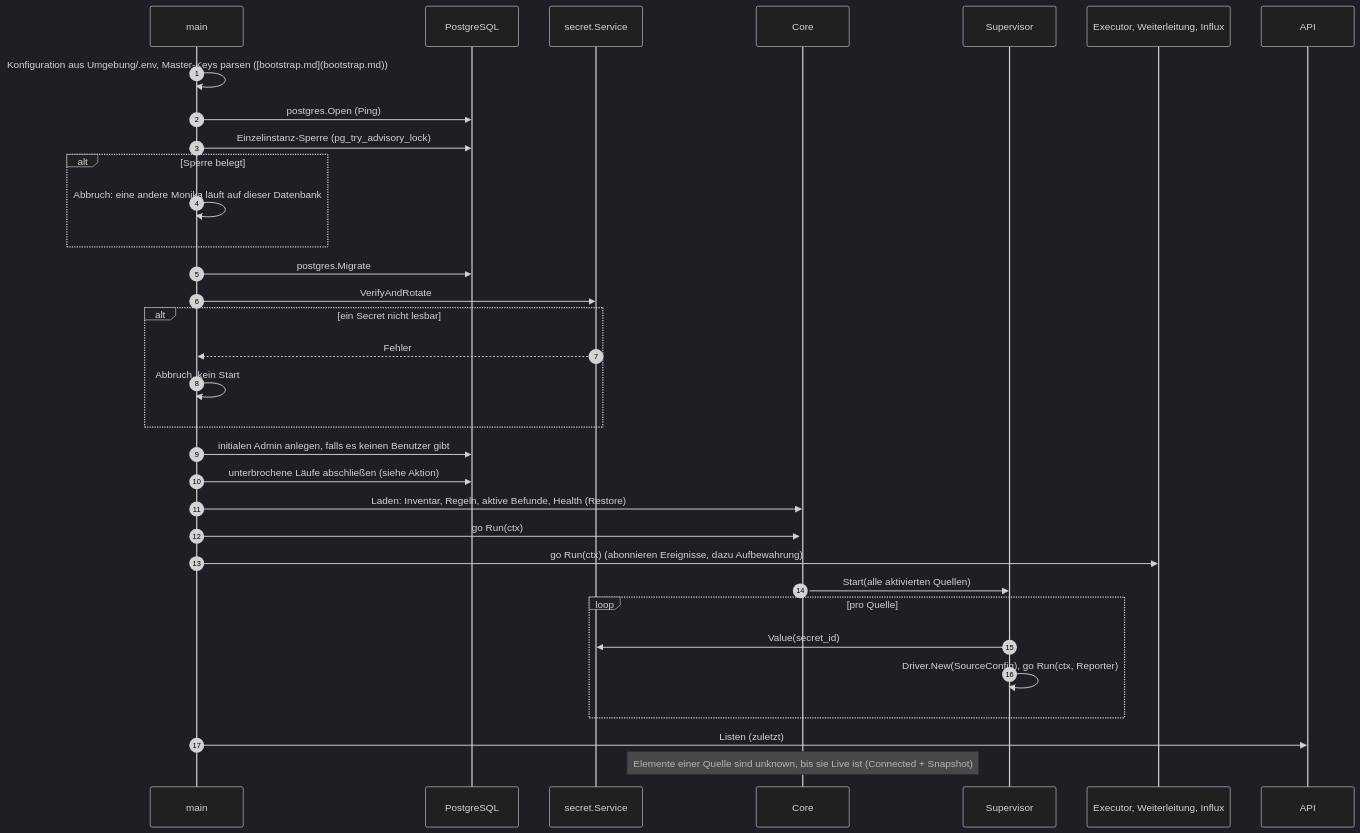
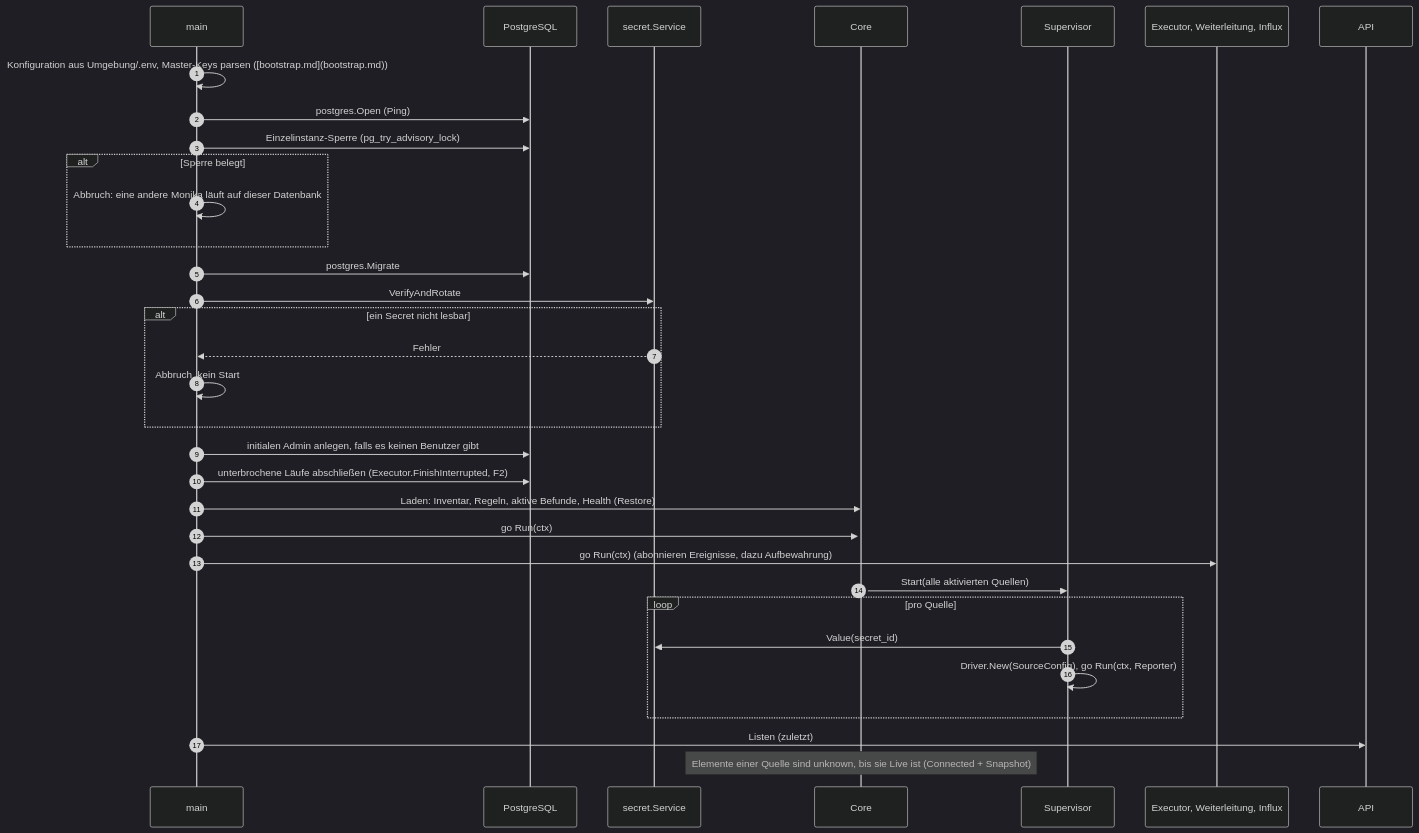
Before and after one commit to lukirs95/monika: the first of 6 diagrams in docs/contracts/flows.md, drawn with Mermaid (dark theme). The commit also changed other lines of this file and 7 other files, not shown here.

Commit message:
bootstrap prep: instance lock, finish interrupted runs, drivers/all

````diff
--- a/docs/contracts/flows.md
+++ b/docs/contracts/flows.md
@@ -24,36 +24,36 @@
 ```mermaid
 sequenceDiagram
     autonumber
     participant M as main
     participant DB as PostgreSQL
     participant Sec as secret.Service
     participant C as Core
     participant Sup as Supervisor
     participant X as Executor, Weiterleitung, Influx
     participant A as API
 
     M->>M: Konfiguration aus Umgebung/.env, Master-Keys parsen ([bootstrap.md](bootstrap.md))
     M->>DB: postgres.Open (Ping)
     M->>DB: Einzelinstanz-Sperre (pg_try_advisory_lock)
     alt Sperre belegt
         M->>M: Abbruch: eine andere Monika läuft auf dieser Datenbank
     end
     M->>DB: postgres.Migrate
     M->>Sec: VerifyAndRotate
     alt ein Secret nicht lesbar
         Sec-->>M: Fehler
         M->>M: Abbruch, kein Start
     end
     M->>DB: initialen Admin anlegen, falls es keinen Benutzer gibt
-    M->>DB: unterbrochene Läufe abschließen (siehe Aktion)
+    M->>DB: unterbrochene Läufe abschließen (Executor.FinishInterrupted, F2)
     M->>C: Laden: Inventar, Regeln, aktive Befunde, Health (Restore)
     M->>+C: go Run(ctx)
     M->>X: go Run(ctx) (abonnieren Ereignisse, dazu Aufbewahrung)
     C->>Sup: Start(alle aktivierten Quellen)
     loop pro Quelle
         Sup->>Sec: Value(secret_id)
         Sup->>Sup: Driver.New(SourceConfig), go Run(ctx, Reporter)
     end
     M->>A: Listen (zuletzt)
     Note over C: Elemente einer Quelle sind unknown, bis sie Live ist (Connected + Snapshot)
 ```
````
